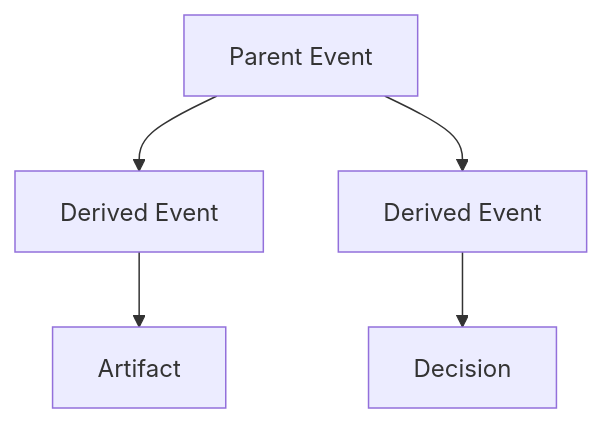
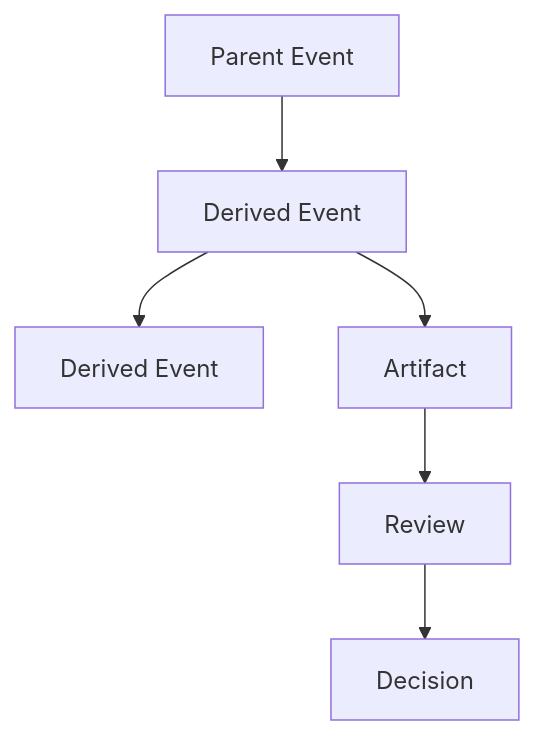
Before and after one commit to tiroq/praxis: the second of 2 diagrams in rfcs/013-event-model.md, drawn with Mermaid. The commit also changed other lines of this file, not shown here.

Commit message:
Refine RFC-013 Event Model; update relationships to previous RFCs, enhance event quality attributes, and clarify event lifecycle and classification.

````diff
--- a/rfcs/013-event-model.md
+++ b/rfcs/013-event-model.md
@@ -125,12 +135,14 @@
 ```mermaid
 flowchart TD
     ParentEvent["Parent Event"]
     DerivedEvent1["Derived Event"]
     DerivedEvent2["Derived Event"]
     Artifact1["Artifact"]
+    Review1["Review"]
     Decision1["Decision"]
     ParentEvent --> DerivedEvent1
-    ParentEvent --> DerivedEvent2
     DerivedEvent1 --> Artifact1
-    DerivedEvent2 --> Decision1
+    DerivedEvent1 --> DerivedEvent2
+    Artifact1 --> Review1
+    Review1 --> Decision1
 ```
````
